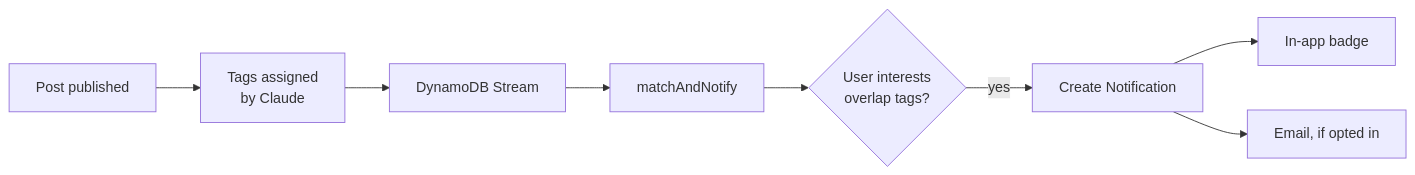
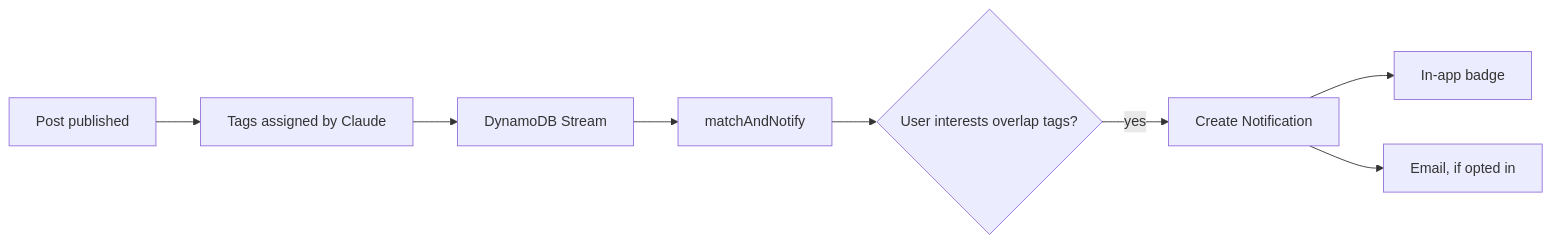
The second of 2 diagrams in docs/ai-features.md (aliu3203/hill), drawn with Mermaid before and after one commit. The commit also changed 1 other file, not shown here.

Commit message:
rendering bugs in ai-features, architectures

````diff
--- a/docs/ai-features.md
+++ b/docs/ai-features.md
@@ -105,10 +105,10 @@
 ```mermaid
 flowchart LR
-    P[Post published] --> T[Tags assigned<br/>by Claude]
-    T --> S[DynamoDB Stream]
-    S --> M[matchAndNotify]
-    M --> Q{User interests<br/>overlap tags?}
-    Q -- yes --> N[Create Notification]
-    N --> I[In-app badge]
-    N --> E[Email, if opted in]
+    P["Post published"] --> T["Tags assigned by Claude"]
+    T --> S["DynamoDB Stream"]
+    S --> M["matchAndNotify"]
+    M --> Q{"User interests overlap tags?"}
+    Q -->|"yes"| N["Create Notification"]
+    N --> I["In-app badge"]
+    N --> E["Email, if opted in"]
 ```
````
